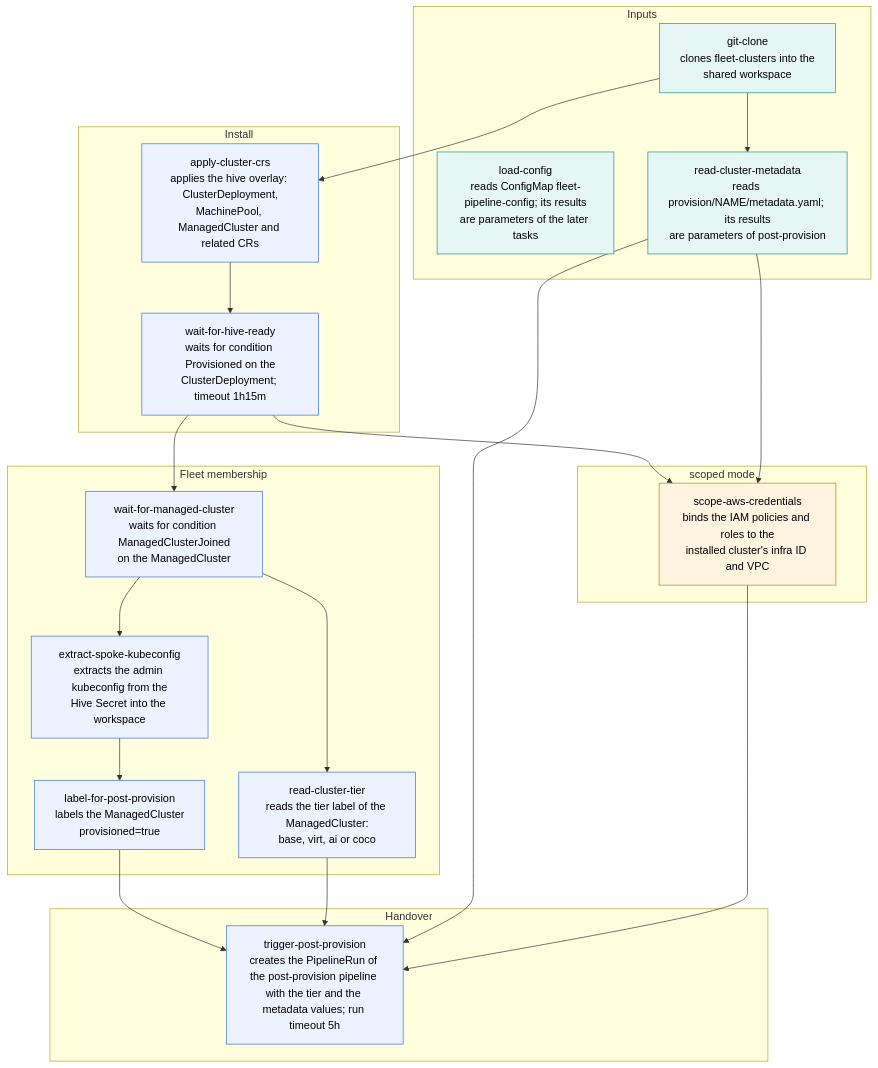
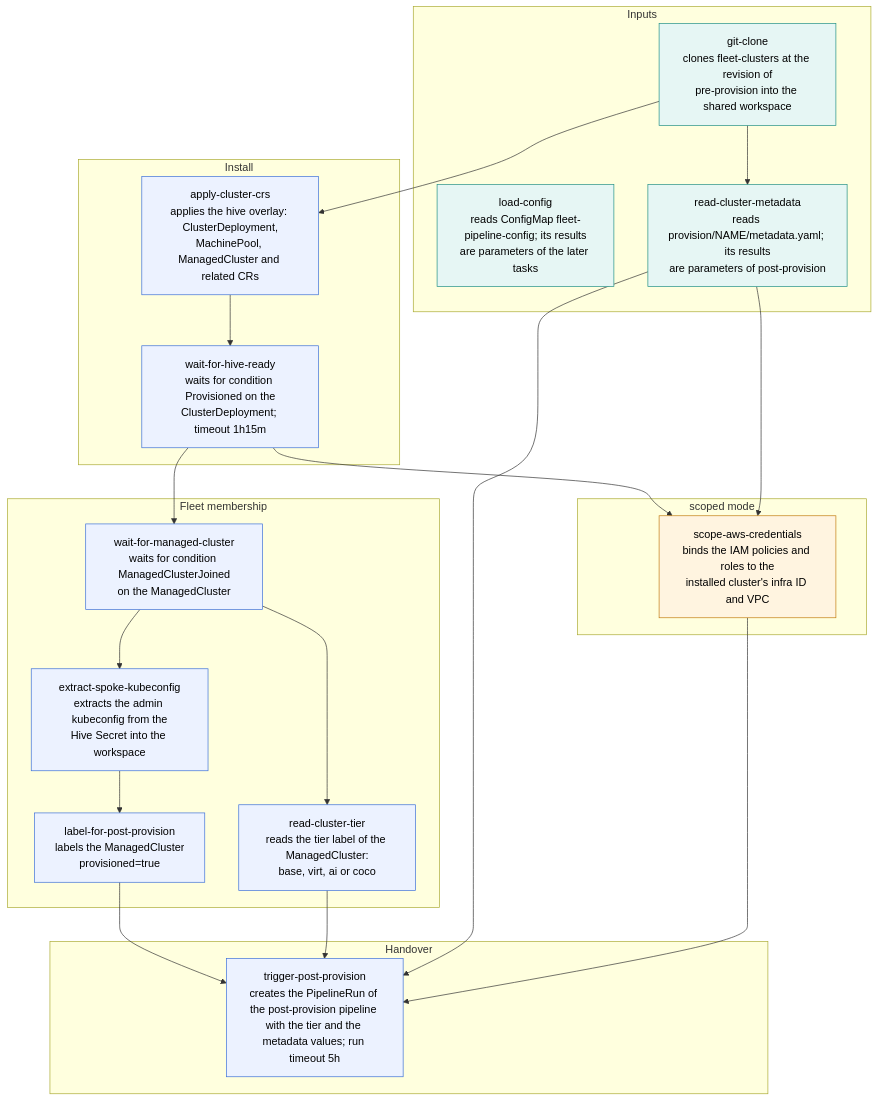
Before and after one commit to redhat-openshift-partner-labs/fleet: the diagram in docs/diagrams/provision-flow.mermaid, drawn with Mermaid. The commit also changed 17 other files, not shown here.

First line of the commit message:
fix(provision): clone the commit that pre-provision cloned

```diff
--- a/docs/diagrams/provision-flow.mermaid
+++ b/docs/diagrams/provision-flow.mermaid
@@ -1,53 +1,53 @@
-%% Trigger: the trigger-provision task of the pre-provision pipeline creates the PipelineRun
+%% Trigger: the trigger-provision task of the pre-provision pipeline creates the PipelineRun with the repository URL and revision it cloned
 %% Start: load-config and git-clone have no runAfter and start first
 %% Credential mode: scope-aws-credentials is skipped unless metadata.yaml sets aws-credentials-mode: scoped
 %% Failure: a failed task stops the run; trigger-post-provision does not run
 flowchart TB
     subgraph Inputs["Inputs"]
         load_config["load-config<br/>reads ConfigMap fleet-pipeline-config; its results<br/>are parameters of the later tasks"]
-        git_clone["git-clone<br/>clones fleet-clusters into the<br/>shared workspace"]
+        git_clone["git-clone<br/>clones fleet-clusters at the revision of<br/>pre-provision into the shared workspace"]
         read_cluster_metadata["read-cluster-metadata<br/>reads provision/NAME/metadata.yaml; its results<br/>are parameters of post-provision"]
     end
 
     subgraph Install["Install"]
         apply_cluster_crs["apply-cluster-crs<br/>applies the hive overlay: ClusterDeployment,<br/>MachinePool, ManagedCluster and related CRs"]
         wait_for_hive_ready["wait-for-hive-ready<br/>waits for condition Provisioned on the<br/>ClusterDeployment; timeout 1h15m"]
     end
 
     subgraph Membership["Fleet membership"]
         wait_for_managed_cluster["wait-for-managed-cluster<br/>waits for condition ManagedClusterJoined<br/>on the ManagedCluster"]
         extract_spoke_kubeconfig["extract-spoke-kubeconfig<br/>extracts the admin kubeconfig from the<br/>Hive Secret into the workspace"]
         read_cluster_tier["read-cluster-tier<br/>reads the tier label of the ManagedCluster:<br/>base, virt, ai or coco"]
         label_for_post_provision["label-for-post-provision<br/>labels the ManagedCluster<br/>provisioned=true"]
     end
 
     subgraph Scoped["scoped mode"]
         scope_aws_credentials["scope-aws-credentials<br/>binds the IAM policies and roles to the<br/>installed cluster's infra ID and VPC"]
     end
 
     subgraph Handover["Handover"]
         trigger_post_provision["trigger-post-provision<br/>creates the PipelineRun of the post-provision pipeline with the tier and the metadata values; run timeout 5h"]
     end
 
     git_clone --> read_cluster_metadata
     git_clone --> apply_cluster_crs
     apply_cluster_crs --> wait_for_hive_ready
     wait_for_hive_ready --> scope_aws_credentials
     read_cluster_metadata --> scope_aws_credentials
     wait_for_hive_ready --> wait_for_managed_cluster
     wait_for_managed_cluster --> extract_spoke_kubeconfig
     wait_for_managed_cluster --> read_cluster_tier
     extract_spoke_kubeconfig --> label_for_post_provision
     label_for_post_provision --> trigger_post_provision
     read_cluster_tier --> trigger_post_provision
     read_cluster_metadata --> trigger_post_provision
     scope_aws_credentials --> trigger_post_provision
 
     classDef src fill:#e6f6f4,stroke:#1f8f84,color:#000
     classDef core fill:#ecf2ff,stroke:#3b6fd8,color:#000
     classDef gate fill:#fff4e0,stroke:#c27c0e,color:#000
 
     class load_config,git_clone,read_cluster_metadata src
     class apply_cluster_crs,wait_for_hive_ready,wait_for_managed_cluster core
     class extract_spoke_kubeconfig,read_cluster_tier,label_for_post_provision,trigger_post_provision core
     class scope_aws_credentials gate
```
